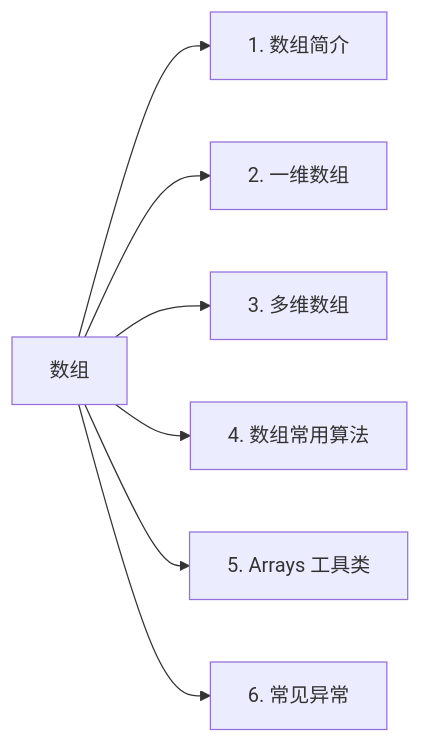
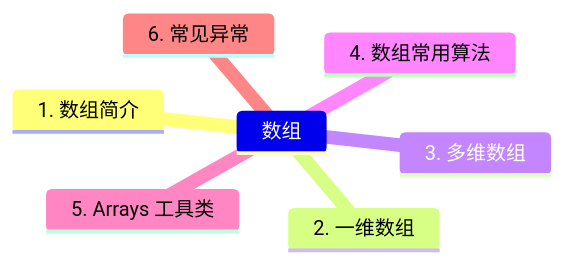
The fourth of 16 diagrams in src/md/java/se/2023-02-15-overview.md (TZ0385/JavaPark), drawn with Mermaid before and after one commit. The commit also changed other lines of this file, not shown here.

````diff
--- a/src/md/java/se/2023-02-15-overview.md
+++ b/src/md/java/se/2023-02-15-overview.md
@@ -208,9 +211,10 @@
 ```mermaid
-graph LR
-数组 --> A[1. 数组简介]
-数组 --> B[2. 一维数组]
-数组 --> C[3. 多维数组]
-数组 --> D[4. 数组常用算法]
-数组 --> E[5. Arrays 工具类]
-数组 --> F[6. 常见异常]
+mindmap
+数组 
+	1. 数组简介
+	2. 一维数组
+	3. 多维数组
+	4. 数组常用算法
+	5. Arrays 工具类
+	6. 常见异常
 ```
````
